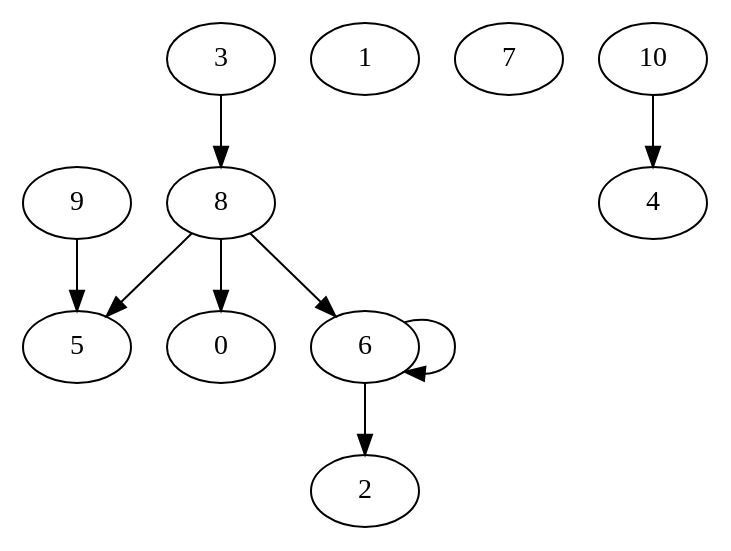
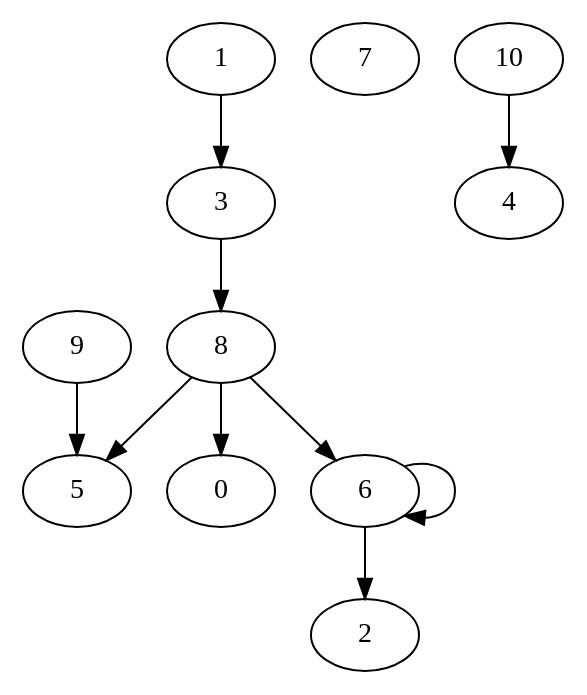
One commit to robotrobo/transcription_networks changed the diagram in src/static/generated_graphs/3069d3ee-88a6-11eb-b356-833b0578e6e4.dot. Above: the diagram before and after it, drawn with Graphviz. The commit also changed 3 other files, not shown here.

```diff
--- a/src/static/generated_graphs/3069d3ee-88a6-11eb-b356-833b0578e6e4.dot
+++ b/src/static/generated_graphs/3069d3ee-88a6-11eb-b356-833b0578e6e4.dot
@@ -1,13 +1,13 @@
 digraph "" {
 	0	[test=test2];
-	1;
+	1 -> 3;
 	3 -> 8;
 	8 -> 0;
 	8 -> 6;
 	8 -> 5;
 	6 -> 6;
 	6 -> 2;
 	7;
 	9 -> 5;
 	10 -> 4;
 }
```
